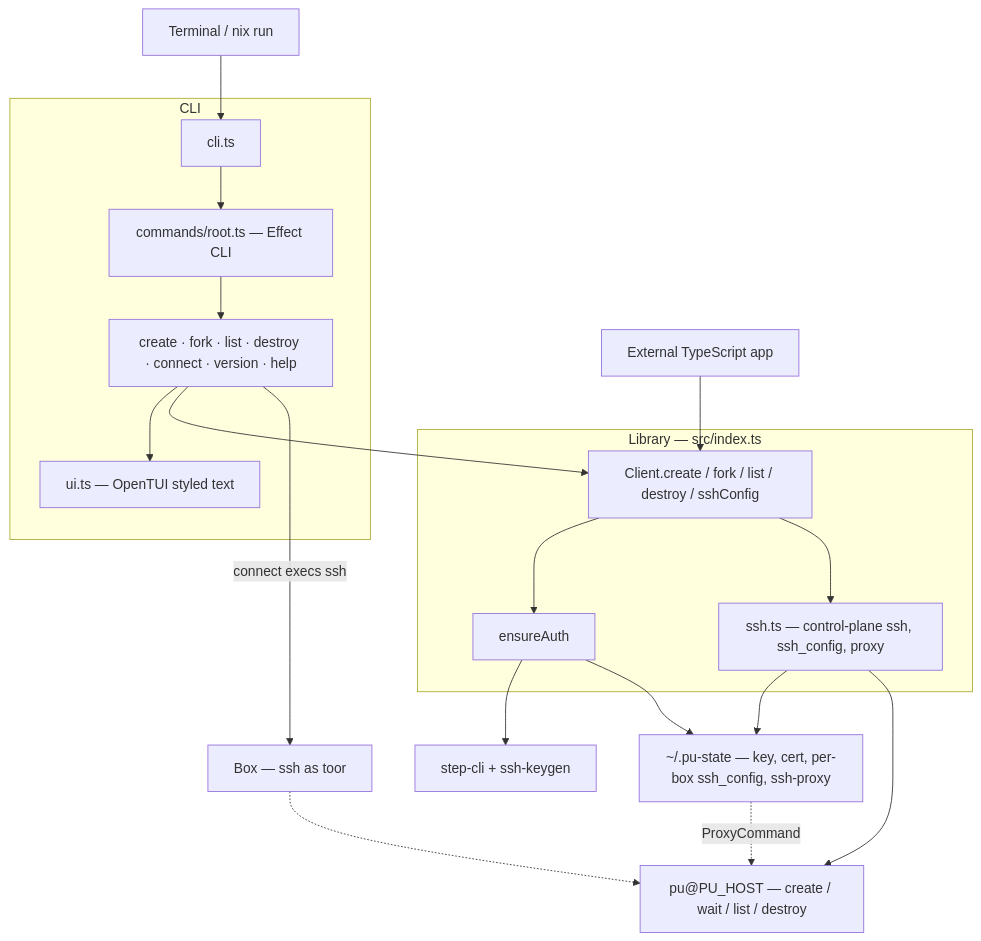
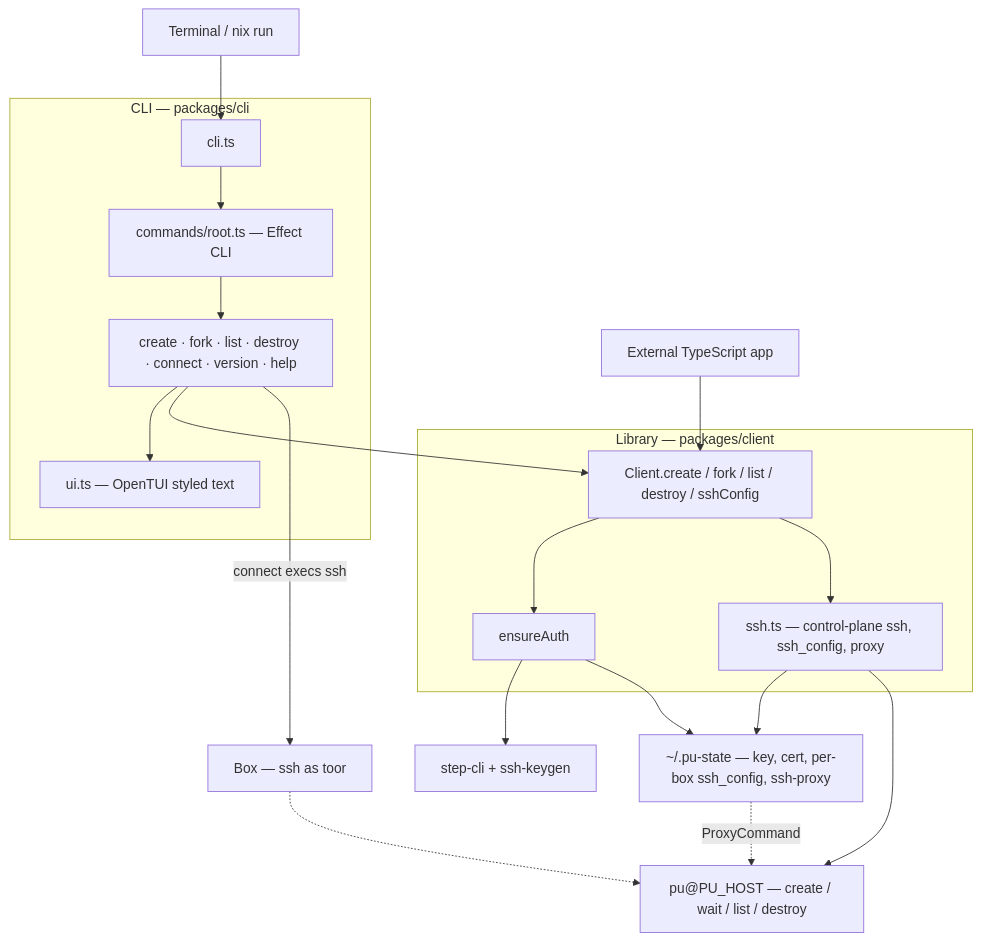
Before and after one commit to juspay/xyne-boxes: the diagram in packages/client/README.md, drawn with Mermaid. The commit also changed other lines of this file and 29 other files, not shown here.

````diff
--- a/packages/client/README.md
+++ b/packages/client/README.md
@@ -7,38 +7,38 @@
 ```mermaid
 flowchart TB
   ext["External TypeScript app"]
   term["Terminal / nix run"]
 
-  subgraph lib ["Library — src/index.ts"]
+  subgraph lib ["Library — packages/client"]
     Client["Client.create / fork / list / destroy / sshConfig"]
     auth["ensureAuth"]
     sshmod["ssh.ts — control-plane ssh, ssh_config, proxy"]
     Client --> auth
     Client --> sshmod
   end
 
-  subgraph cli ["CLI"]
+  subgraph cli ["CLI — packages/cli"]
     entry["cli.ts"]
     root["commands/root.ts — Effect CLI"]
     cmds["create · fork · list · destroy · connect · version · help"]
     ui["ui.ts — OpenTUI styled text"]
     entry --> root --> cmds
     cmds --> ui
   end
 
   state["~/.pu-state — key, cert, per-box ssh_config, ssh-proxy"]
   step["step-cli + ssh-keygen"]
   pu["pu@PU_HOST — create / wait / list / destroy"]
   box["Box — ssh as toor"]
 
   ext --> Client
   term --> entry
   cmds --> Client
   cmds -->|connect execs ssh| box
   auth --> step
   auth --> state
   sshmod --> state
   sshmod --> pu
   state -.->|ProxyCommand| pu
   box -.-> pu
 ```
````
